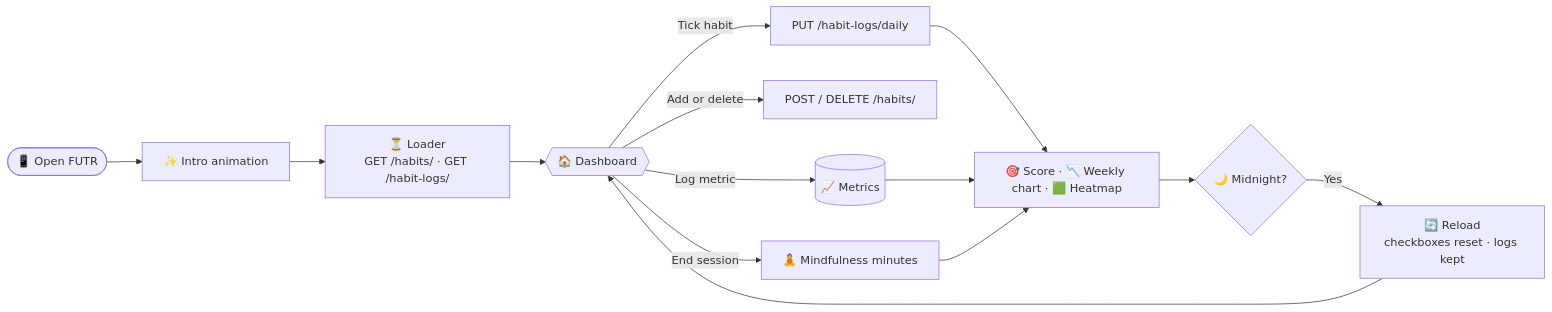
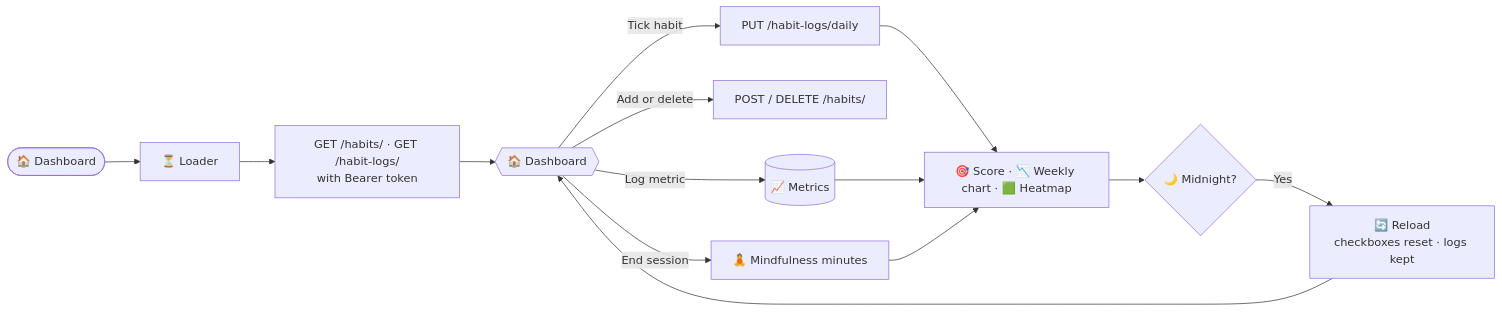
Before and after one commit to adityadubey2211-prog/FUTR: the third of 5 diagrams in README.md, drawn with Mermaid. The commit also changed other lines of this file, not shown here.

````diff
--- a/README.md
+++ b/README.md
@@ -132,19 +247,19 @@
 ```mermaid
 flowchart LR
-    A([📱 Open FUTR]) --> B[✨ Intro animation]
-    B --> C[⏳ Loader<br/>GET /habits/ · GET /habit-logs/]
-    C --> D{{🏠 Dashboard}}
+    A([🏠 Dashboard]) --> C[⏳ Loader]
+    C --> L[GET /habits/ · GET /habit-logs/<br/>with Bearer token]
+    L --> D{{🏠 Dashboard}}
 
     D -->|Tick habit| E[PUT /habit-logs/daily]
     D -->|Add or delete| F[POST / DELETE /habits/]
     D -->|Log metric| G[(📈 Metrics)]
     D -->|End session| H[🧘 Mindfulness minutes]
 
     E --> I[🎯 Score · 📉 Weekly chart · 🟩 Heatmap]
     G --> I
     H --> I
 
     I --> J{"🌙 Midnight?"}
     J -->|Yes| K[🔄 Reload<br/>checkboxes reset · logs kept]
     K --> D
 ```
````
